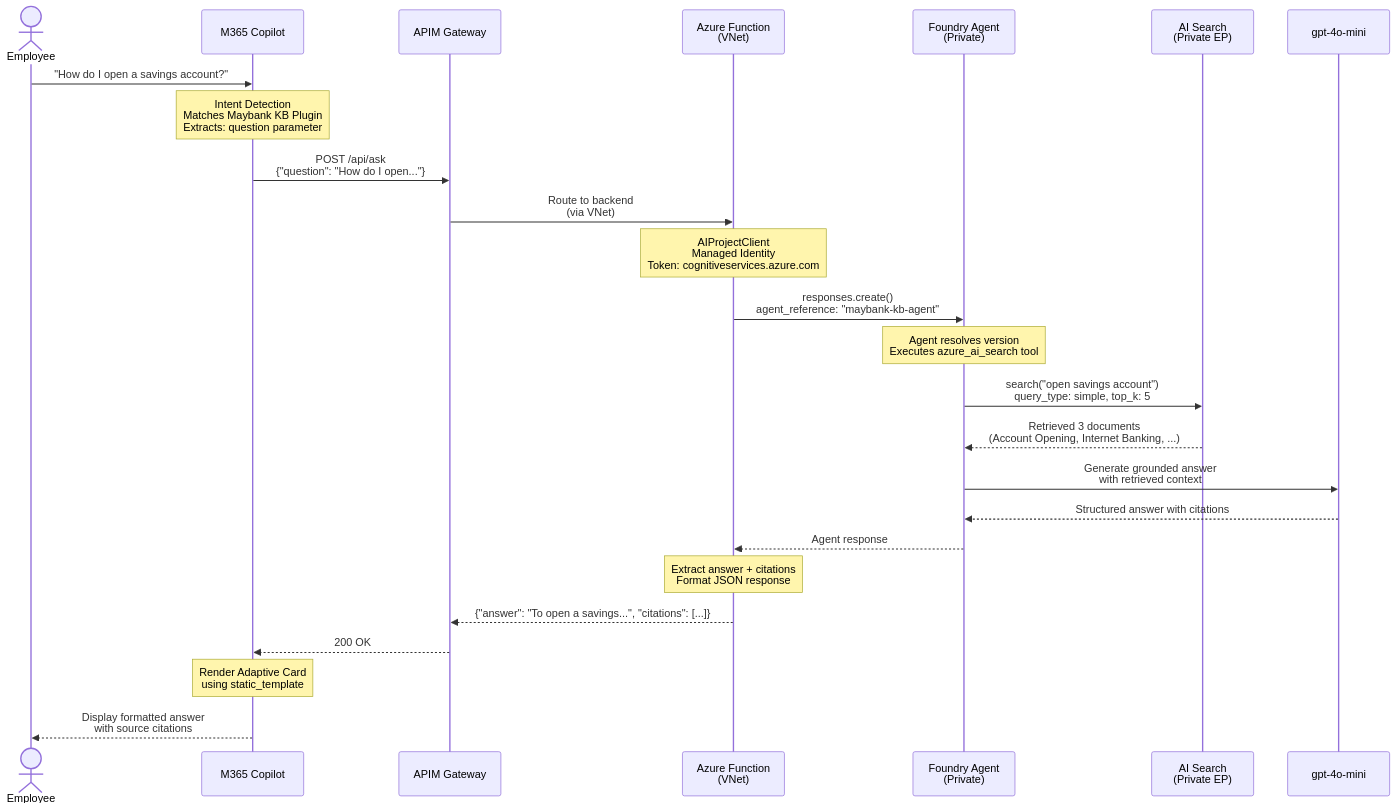
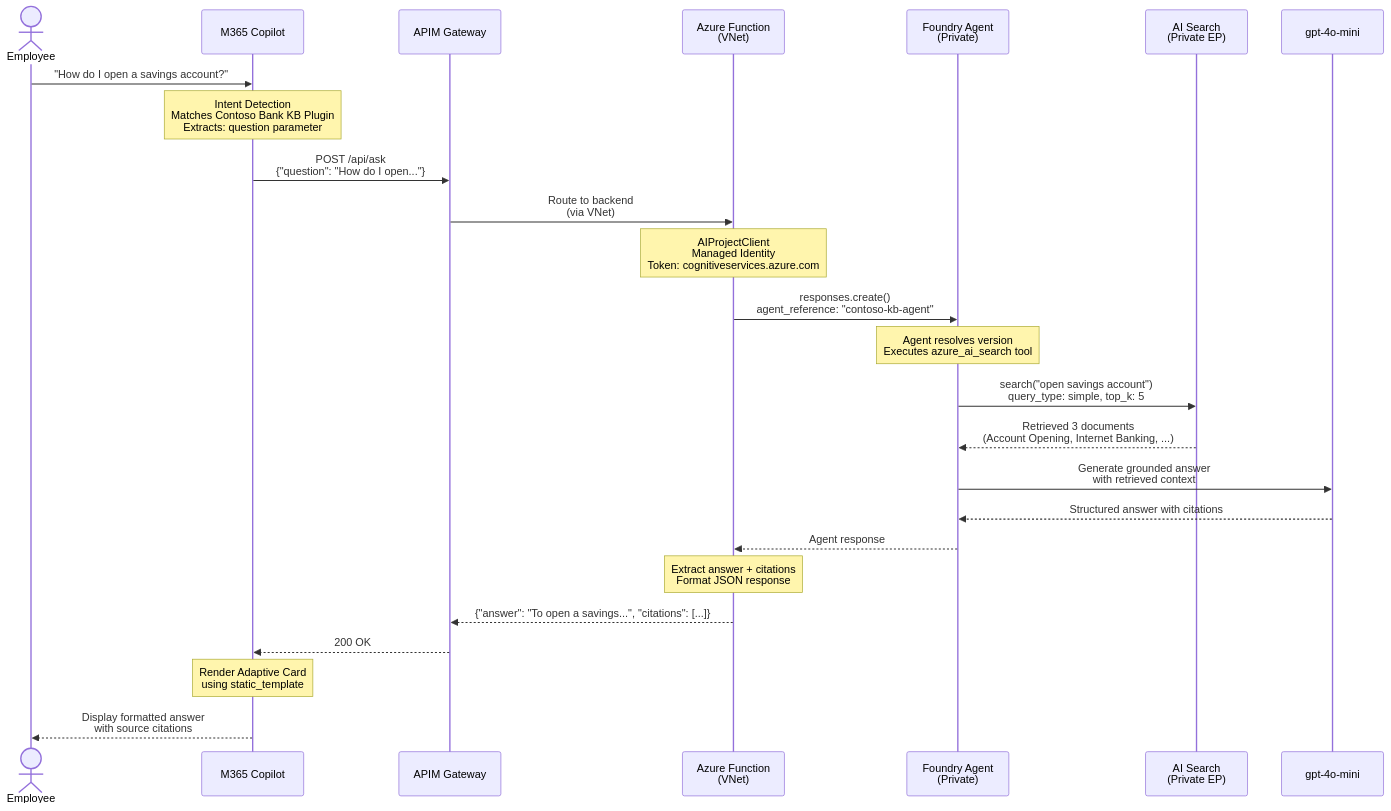
Before and after one commit to kai-w-wang/contoso-kb-agent: the third of 6 diagrams in docs/M365-Agents-Azure-Foundry-Architecture.md, drawn with Mermaid. The commit also changed other lines of this file and 20 other files, not shown here.

First line of the commit message:
refactor: replace Maybank branding with Contoso Bank for public repo

````diff
--- a/docs/M365-Agents-Azure-Foundry-Architecture.md
+++ b/docs/M365-Agents-Azure-Foundry-Architecture.md
@@ -291,44 +291,44 @@
 ```mermaid
 sequenceDiagram
     actor User as Employee
     participant Copilot as M365 Copilot
     participant APIM as APIM Gateway
     participant Func as Azure Function<br/>(VNet)
     participant Foundry as Foundry Agent<br/>(Private)
     participant Search as AI Search<br/>(Private EP)
     participant GPT as gpt-4o-mini
 
     User->>Copilot: "How do I open a savings account?"
     
-    Note over Copilot: Intent Detection<br/>Matches Maybank KB Plugin<br/>Extracts: question parameter
+    Note over Copilot: Intent Detection<br/>Matches Contoso Bank KB Plugin<br/>Extracts: question parameter
     
     Copilot->>APIM: POST /api/ask<br/>{"question": "How do I open..."}
     
     APIM->>Func: Route to backend<br/>(via VNet)
     
     Note over Func: AIProjectClient<br/>Managed Identity<br/>Token: cognitiveservices.azure.com
     
-    Func->>Foundry: responses.create()<br/>agent_reference: "maybank-kb-agent"
+    Func->>Foundry: responses.create()<br/>agent_reference: "contoso-kb-agent"
     
     Note over Foundry: Agent resolves version<br/>Executes azure_ai_search tool
     
     Foundry->>Search: search("open savings account")<br/>query_type: simple, top_k: 5
     
     Search-->>Foundry: Retrieved 3 documents<br/>(Account Opening, Internet Banking, ...)
     
     Foundry->>GPT: Generate grounded answer<br/>with retrieved context
     
     GPT-->>Foundry: Structured answer with citations
     
     Foundry-->>Func: Agent response
     
     Note over Func: Extract answer + citations<br/>Format JSON response
     
     Func-->>APIM: {"answer": "To open a savings...", "citations": [...]}
     
     APIM-->>Copilot: 200 OK
     
     Note over Copilot: Render Adaptive Card<br/>using static_template
     
     Copilot-->>User: Display formatted answer<br/>with source citations
 ```
````
